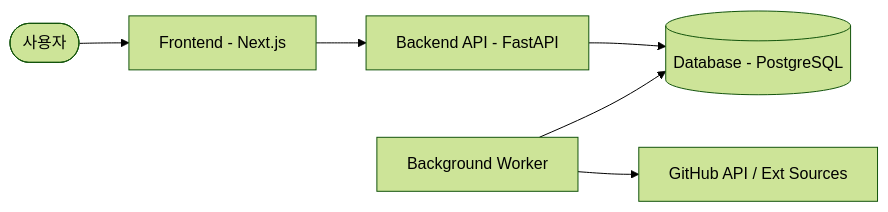
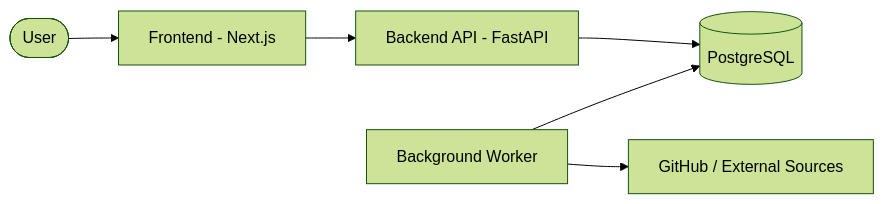
One commit to coreline-ai/agent_skills_marketplace changed the diagram in README.md. Above: the diagram before and after it, drawn with Mermaid (forest theme). The commit also changed other lines of this file and 1 other file, not shown here.

````diff
--- a/README.md
+++ b/README.md
@@ -55,8 +66,8 @@
 ```mermaid
 graph LR
-    User([사용자]) --> Web[Frontend - Next.js]
-    Web --> API[Backend API - FastAPI]
-    API --> DB[(Database - PostgreSQL)]
-    Worker[Background Worker] --> DB
-    Worker --> ExtAPI[GitHub API / Ext Sources]
+  User([User]) --> Web[Frontend - Next.js]
+  Web --> API[Backend API - FastAPI]
+  API --> DB[(PostgreSQL)]
+  Worker[Background Worker] --> DB
+  Worker --> Ext[GitHub / External Sources]
 ```
````
